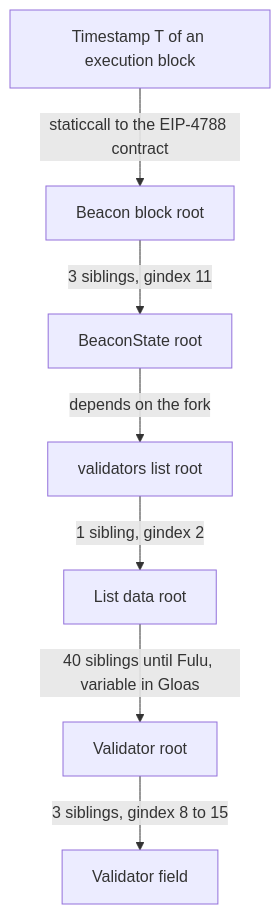
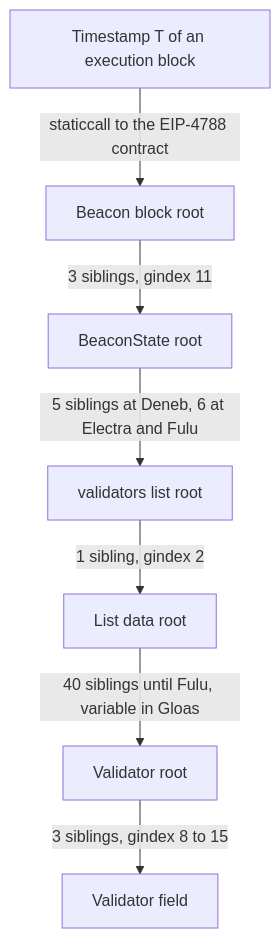
The first of 6 diagrams in _posts/2026-11-04-beacon-state-proofs-hard-fork-deneb-to-gloas.md (rya-sge/access-denied), drawn with Mermaid before and after one commit. The commit also changed other lines of this file and 24 other files, not shown here.

````diff
--- a/_posts/2026-11-04-beacon-state-proofs-hard-fork-deneb-to-gloas.md
+++ b/_posts/2026-11-04-beacon-state-proofs-hard-fork-deneb-to-gloas.md
@@ -42,9 +44,9 @@
 ```mermaid
 flowchart TD
     T["Timestamp T of an execution block"] -->|"staticcall to the EIP-4788 contract"| R["Beacon block root"]
     R -->|"3 siblings, gindex 11"| S["BeaconState root"]
-    S -->|"depends on the fork"| L["validators list root"]
+    S -->|"5 siblings at Deneb, 6 at Electra and Fulu"| L["validators list root"]
     L -->|"1 sibling, gindex 2"| D["List data root"]
     D -->|"40 siblings until Fulu, variable in Gloas"| V["Validator root"]
     V -->|"3 siblings, gindex 8 to 15"| F["Validator field"]
 ```
````
